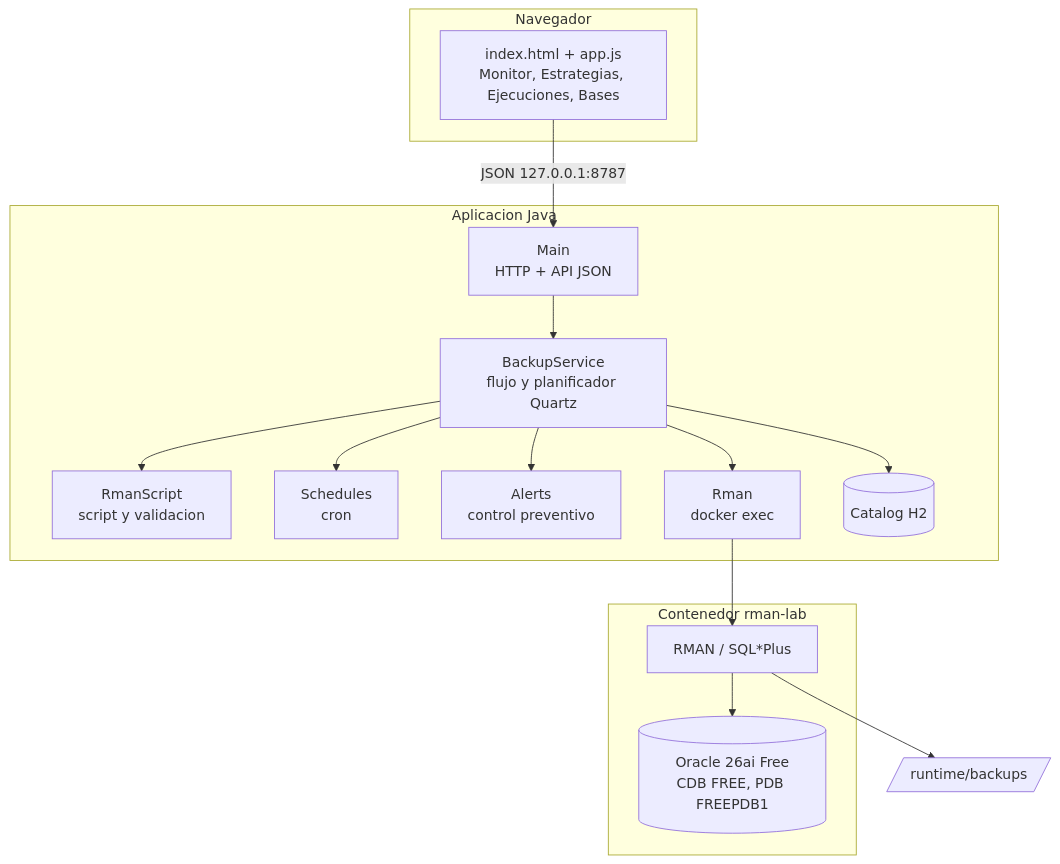
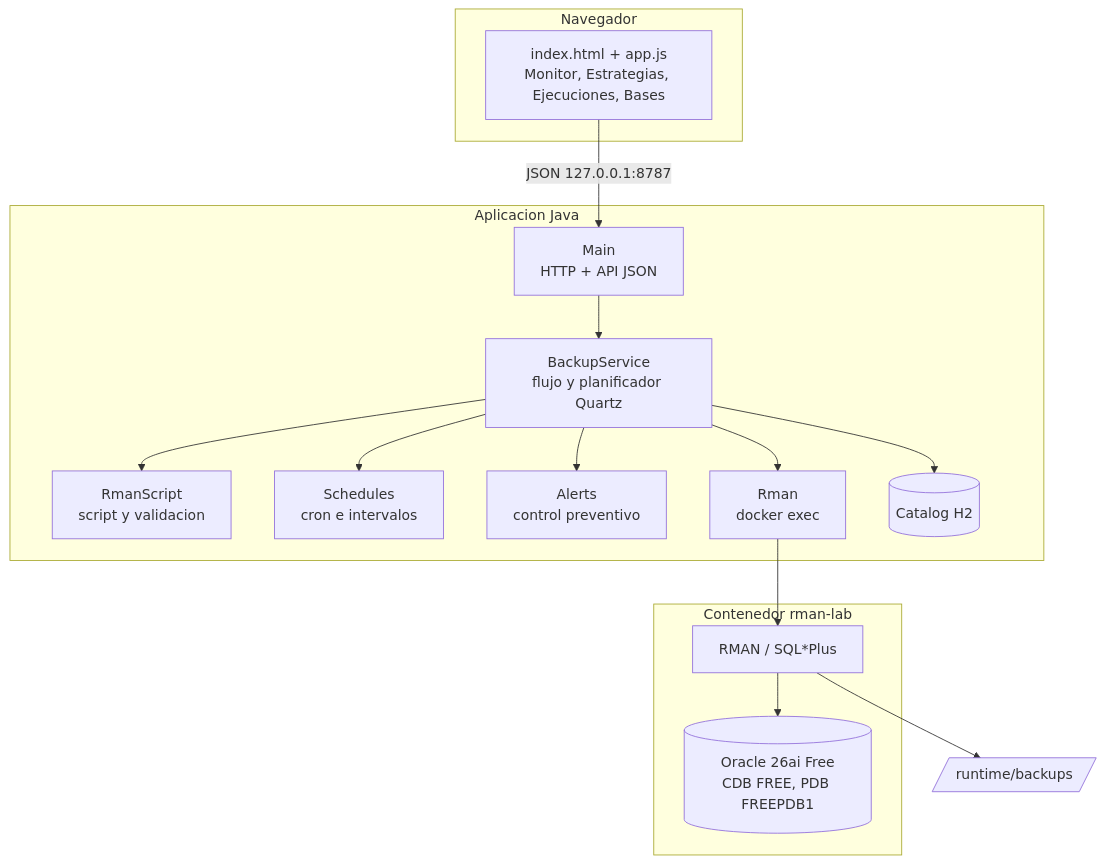
One commit to Adrian123CRff/Redolog changed the second of 4 diagrams in docs/analisis-y-diseno.md. Above: the diagram before and after it, drawn with Mermaid. The commit also changed other lines of this file and 18 other files, not shown here.

````diff
--- a/docs/analisis-y-diseno.md
+++ b/docs/analisis-y-diseno.md
@@ -232,27 +259,27 @@
 ```mermaid
 flowchart TB
     subgraph Navegador
         UI[index.html + app.js<br>Monitor, Estrategias, Ejecuciones, Bases]
     end
     subgraph App[Aplicacion Java]
         Main[Main<br>HTTP + API JSON]
         Svc[BackupService<br>flujo y planificador Quartz]
         Script[RmanScript<br>script y validacion]
-        Sch[Schedules<br>cron]
+        Sch[Schedules<br>cron e intervalos]
         Al[Alerts<br>control preventivo]
         R[Rman<br>docker exec]
         Cat[(Catalog H2)]
     end
     subgraph Docker[Contenedor rman-lab]
         RMAN[RMAN / SQL*Plus] --> DB[(Oracle 26ai Free<br>CDB FREE, PDB FREEPDB1)]
     end
     UI -- JSON 127.0.0.1:8787 --> Main
     Main --> Svc
     Svc --> Script
     Svc --> Sch
     Svc --> Al
     Svc --> Cat
     Svc --> R
     R --> RMAN
     RMAN --> BK[/runtime/backups/]
 ```
````
